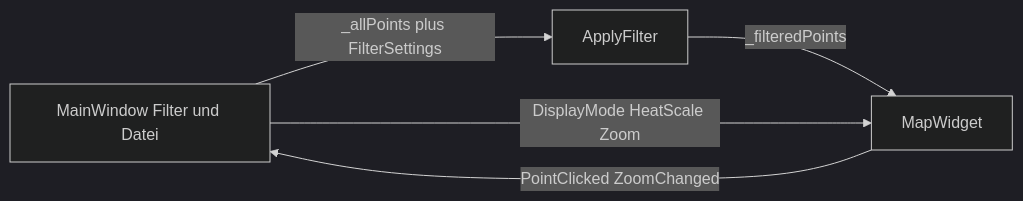
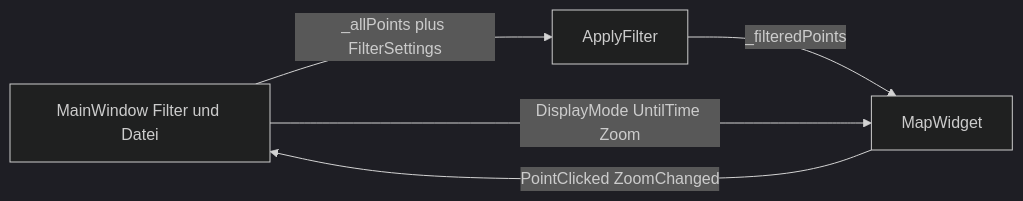
Before and after one commit to ViezTrinker/location-history-visualizer: the diagram in doc/ui.md, drawn with Mermaid (dark theme). The commit also changed other lines of this file and 26 other files, not shown here.

````diff
--- a/doc/ui.md
+++ b/doc/ui.md
@@ -38,10 +38,10 @@
 ```mermaid
 flowchart LR
   ui[MainWindow Filter und Datei]
   coreFilter[ApplyFilter]
   map[MapWidget]
   ui -->|"_allPoints plus FilterSettings"| coreFilter
   coreFilter -->|"_filteredPoints"| map
-  ui -->|DisplayMode HeatScale Zoom| map
+  ui -->|DisplayMode UntilTime Zoom| map
   map -->|PointClicked ZoomChanged| ui
 ```
````
